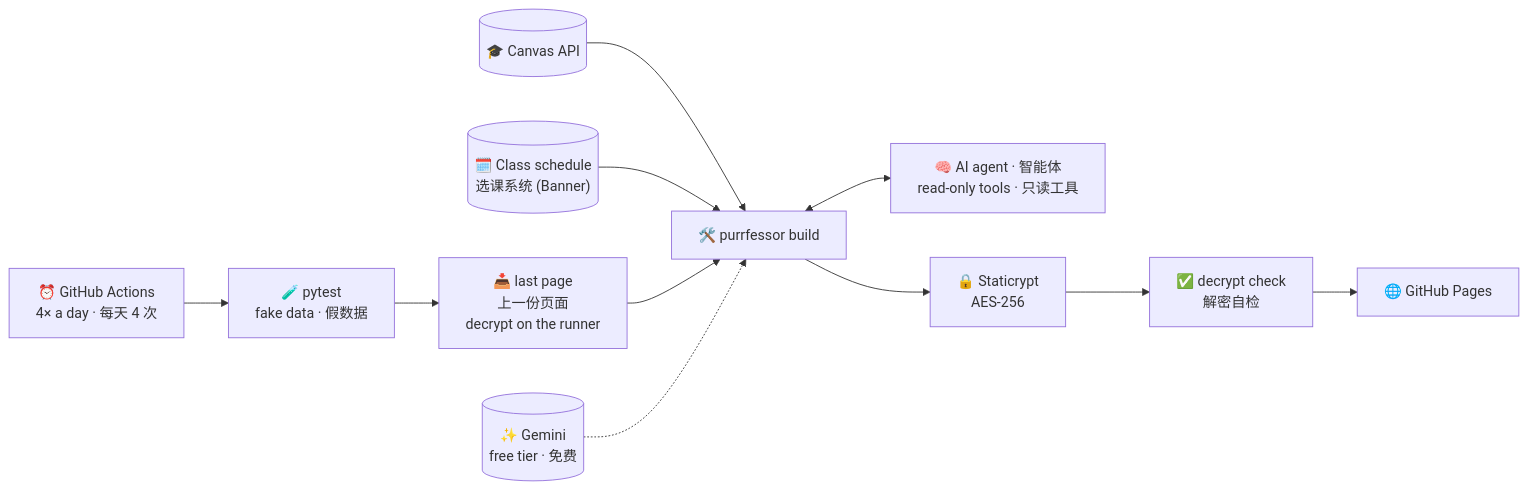
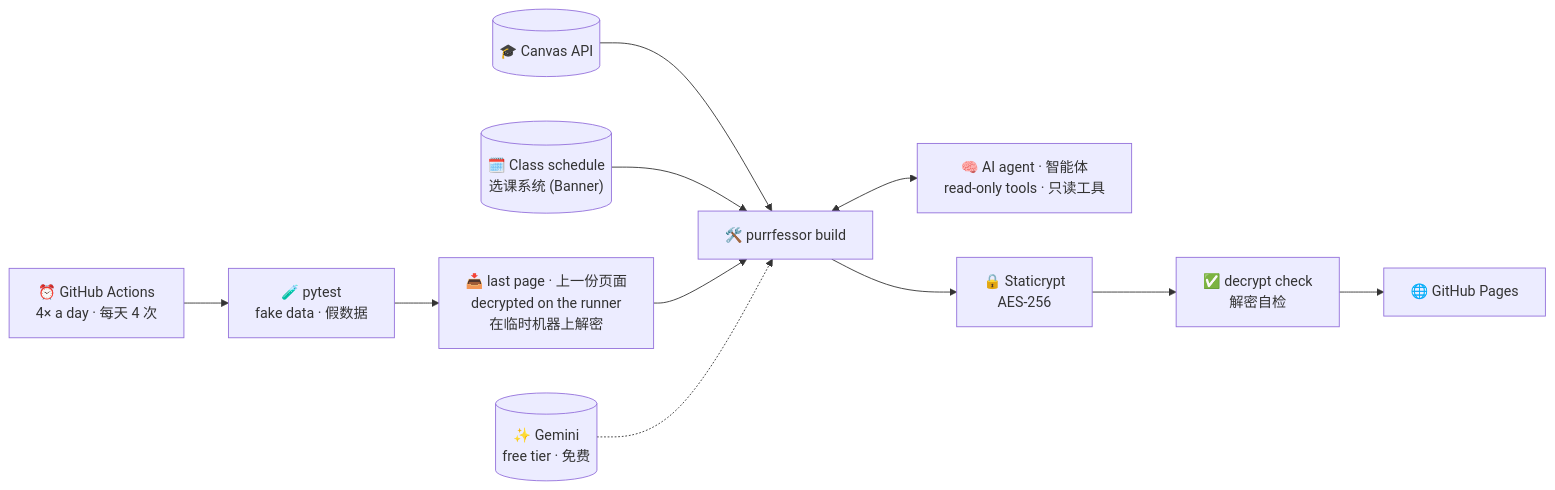
Before and after one commit to ShepherdLoveYou/purrfessor: the first of 2 diagrams in README.md, drawn with Mermaid.

Commit message:
README: bilingual label in the flow diagram

````diff
--- a/README.md
+++ b/README.md
@@ -182,11 +182,11 @@
 ```mermaid
 flowchart LR
   cron["⏰ GitHub Actions<br>4× a day · 每天 4 次"] --> test["🧪 pytest<br>fake data · 假数据"]
-  test --> prev["📥 last page<br>上一份页面<br>decrypt on the runner"]
+  test --> prev["📥 last page · 上一份页面<br>decrypted on the runner<br>在临时机器上解密"]
   canvas[("🎓 Canvas API")] --> build
   banner[("🗓️ Class schedule<br>选课系统 (Banner)")] --> build
   prev --> build["🛠️ purrfessor build"]
   gemini[("✨ Gemini<br>free tier · 免费")] -.-> build
   build <--> agent["🧠 AI agent · 智能体<br>read-only tools · 只读工具"]
   build --> enc["🔒 Staticrypt<br>AES-256"] --> check["✅ decrypt check<br>解密自检"] --> pages["🌐 GitHub Pages"]
 ```
````
